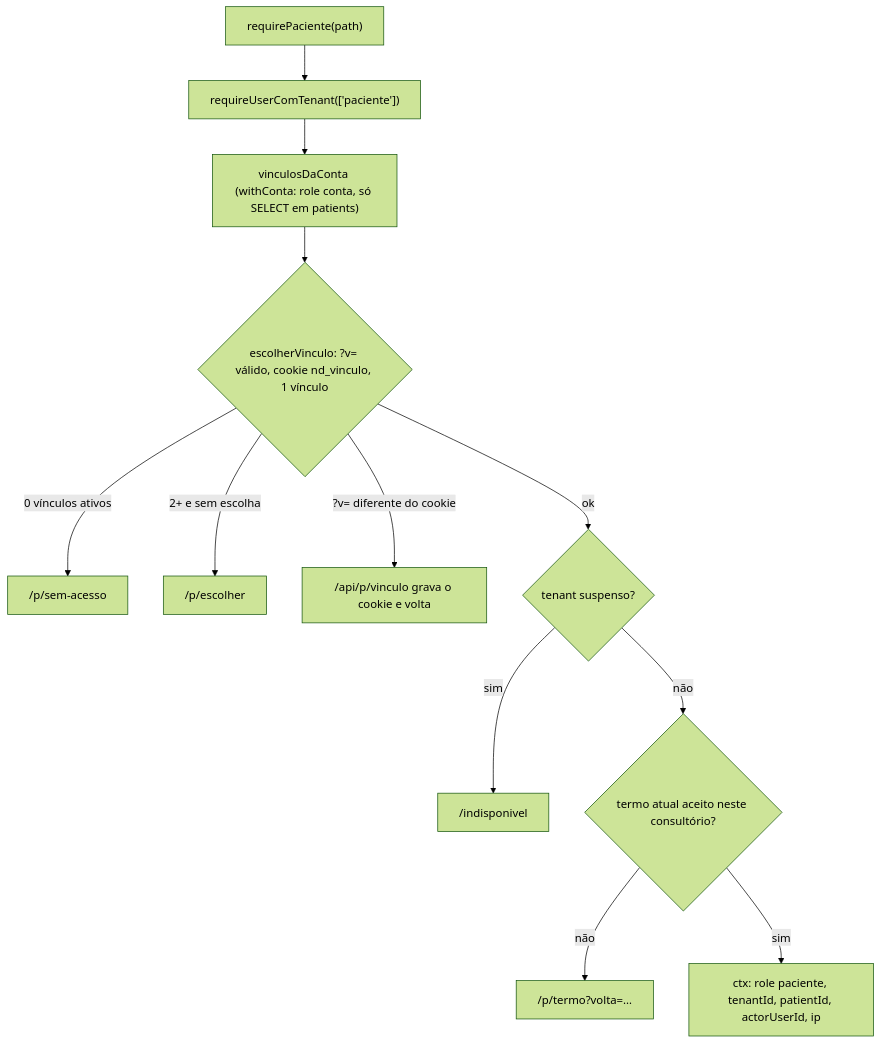
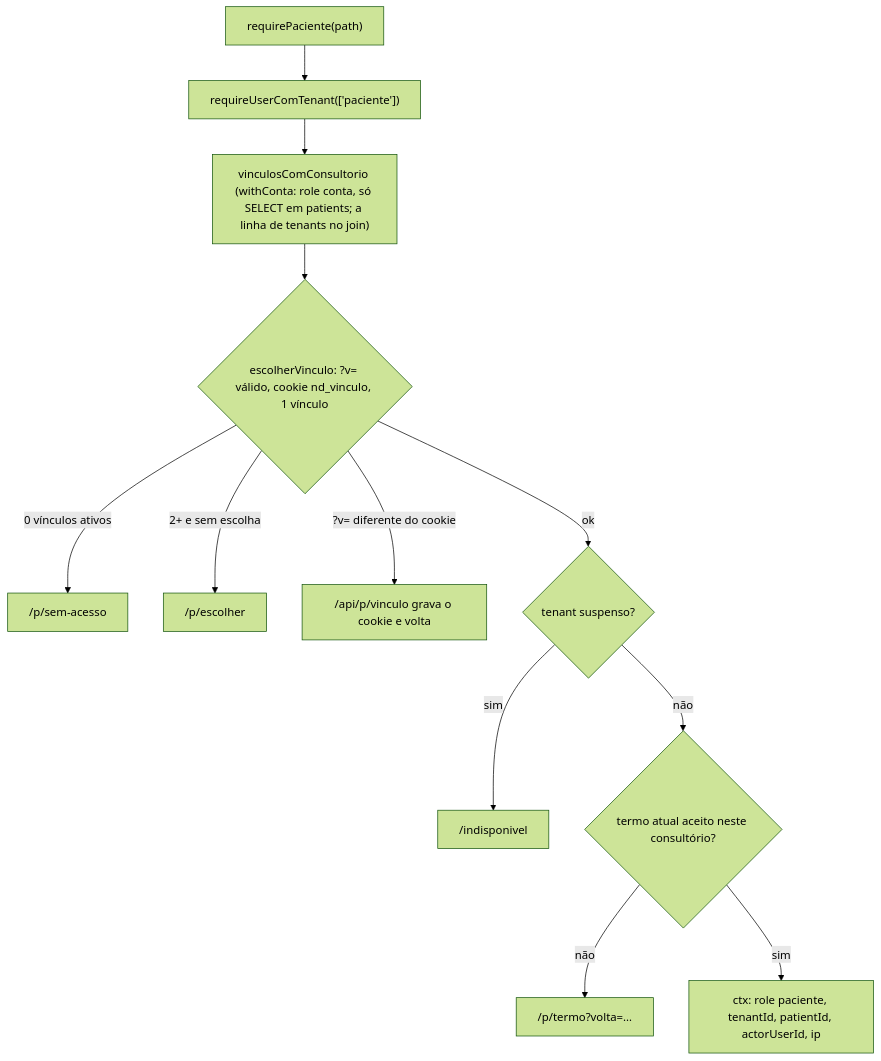
One commit to fabianojp06/nutridebby changed the seventh of 9 diagrams in docs/manual-tecnico/05-agenda-portal-conteudo.md. Above: the diagram before and after it, drawn with Mermaid (forest theme). The commit also changed other lines of this file and 8 other files, not shown here.

````diff
--- a/docs/manual-tecnico/05-agenda-portal-conteudo.md
+++ b/docs/manual-tecnico/05-agenda-portal-conteudo.md
@@ -692,14 +692,14 @@
 ```mermaid
 flowchart TD
   A["requirePaciente(path)"] --> B["requireUserComTenant(['paciente'])"]
-  B --> C["vinculosDaConta (withConta: role conta, só SELECT em patients)"]
+  B --> C["vinculosComConsultorio (withConta: role conta, só SELECT em patients; a linha de tenants no join)"]
   C --> D{"escolherVinculo: ?v= válido, cookie nd_vinculo, 1 vínculo"}
   D -- "0 vínculos ativos" --> E["/p/sem-acesso"]
   D -- "2+ e sem escolha" --> F["/p/escolher"]
   D -- "?v= diferente do cookie" --> G["/api/p/vinculo grava o cookie e volta"]
   D -- ok --> H{"tenant suspenso?"}
   H -- sim --> I["/indisponivel"]
   H -- não --> J{"termo atual aceito neste consultório?"}
   J -- não --> K["/p/termo?volta=…"]
   J -- sim --> L["ctx: role paciente, tenantId, patientId, actorUserId, ip"]
 ```
````
